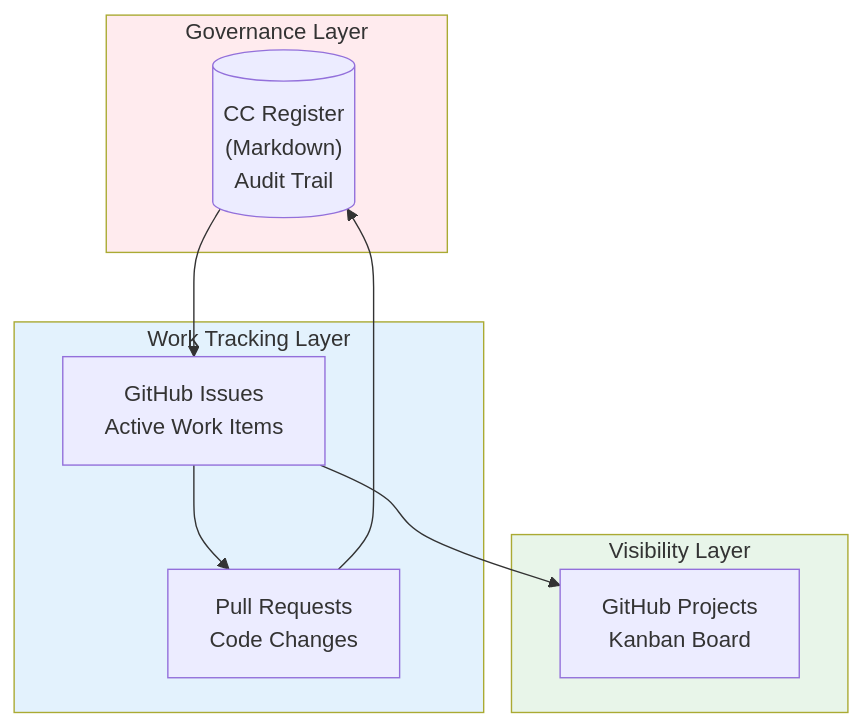
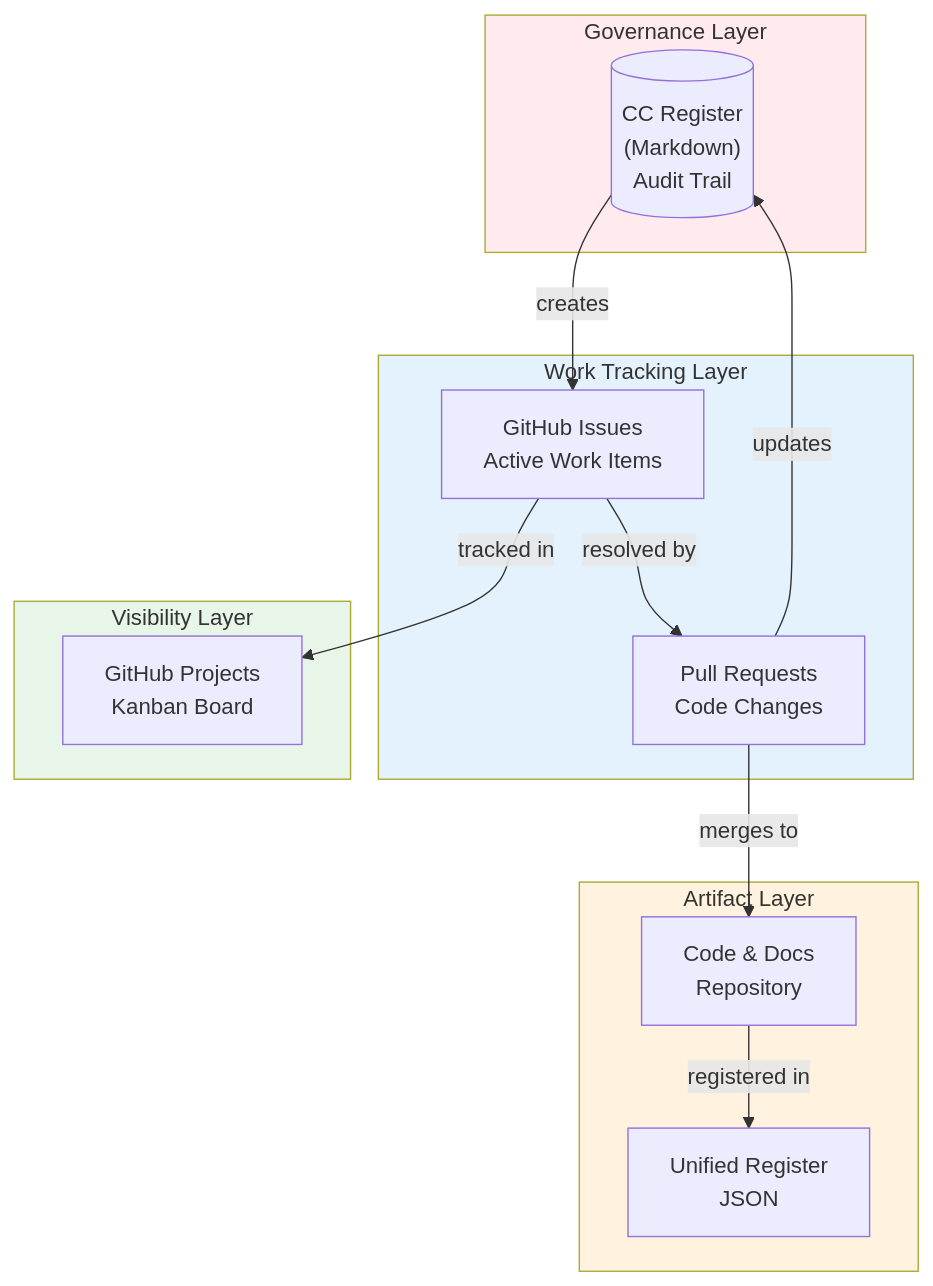
The first of 2 diagrams in PBS/STD-DOCS/VHF_CC_GITHUB_WORKFLOW.md (ajrmooreuk/VHF-App-Mk3), drawn with Mermaid before and after one commit. The commit also changed other lines of this file and 2 other files, not shown here.

First line of the commit message:
Add GitHub workflow and unified register process from EOMS

````diff
--- a/PBS/STD-DOCS/VHF_CC_GITHUB_WORKFLOW.md
+++ b/PBS/STD-DOCS/VHF_CC_GITHUB_WORKFLOW.md
@@ -61,24 +108,32 @@
 ```mermaid
 flowchart TB
     subgraph GOVERNANCE["Governance Layer"]
         CC[("CC Register<br/>(Markdown)<br/>Audit Trail")]
     end
 
     subgraph TRACKING["Work Tracking Layer"]
         ISSUE["GitHub Issues<br/>Active Work Items"]
         PR["Pull Requests<br/>Code Changes"]
     end
 
     subgraph VISIBILITY["Visibility Layer"]
-        BOARD["GitHub Projects<br/>Kanban Board"]
+        KANBAN["GitHub Projects<br/>Kanban Board"]
     end
 
-    CC --> ISSUE
-    ISSUE --> PR
-    ISSUE --> BOARD
-    PR --> CC
+    subgraph ARTIFACTS["Artifact Layer"]
+        CODE["Code & Docs<br/>Repository"]
+        REGISTER["Unified Register<br/>JSON"]
+    end
+
+    CC -->|"creates"| ISSUE
+    ISSUE -->|"tracked in"| KANBAN
+    ISSUE -->|"resolved by"| PR
+    PR -->|"merges to"| CODE
+    PR -->|"updates"| CC
+    CODE -->|"registered in"| REGISTER
 
     style GOVERNANCE fill:#ffebee
     style TRACKING fill:#e3f2fd
     style VISIBILITY fill:#e8f5e9
+    style ARTIFACTS fill:#fff3e0
 ```
````
